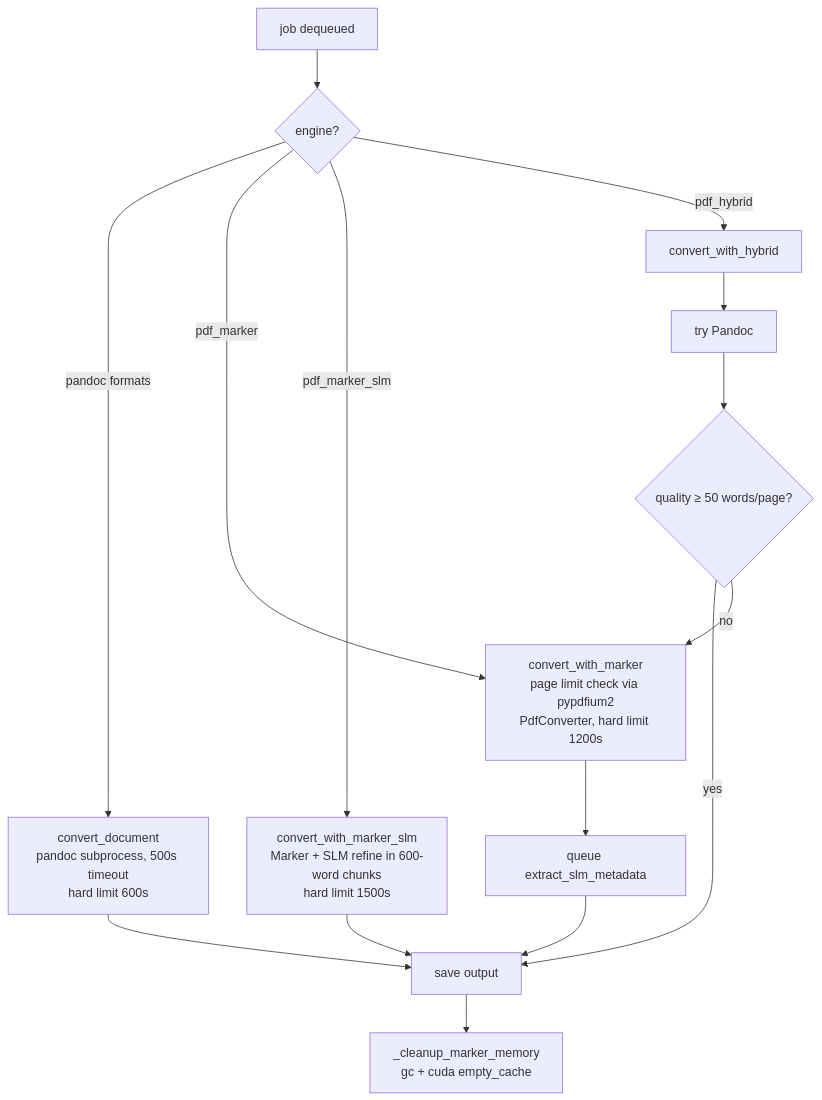
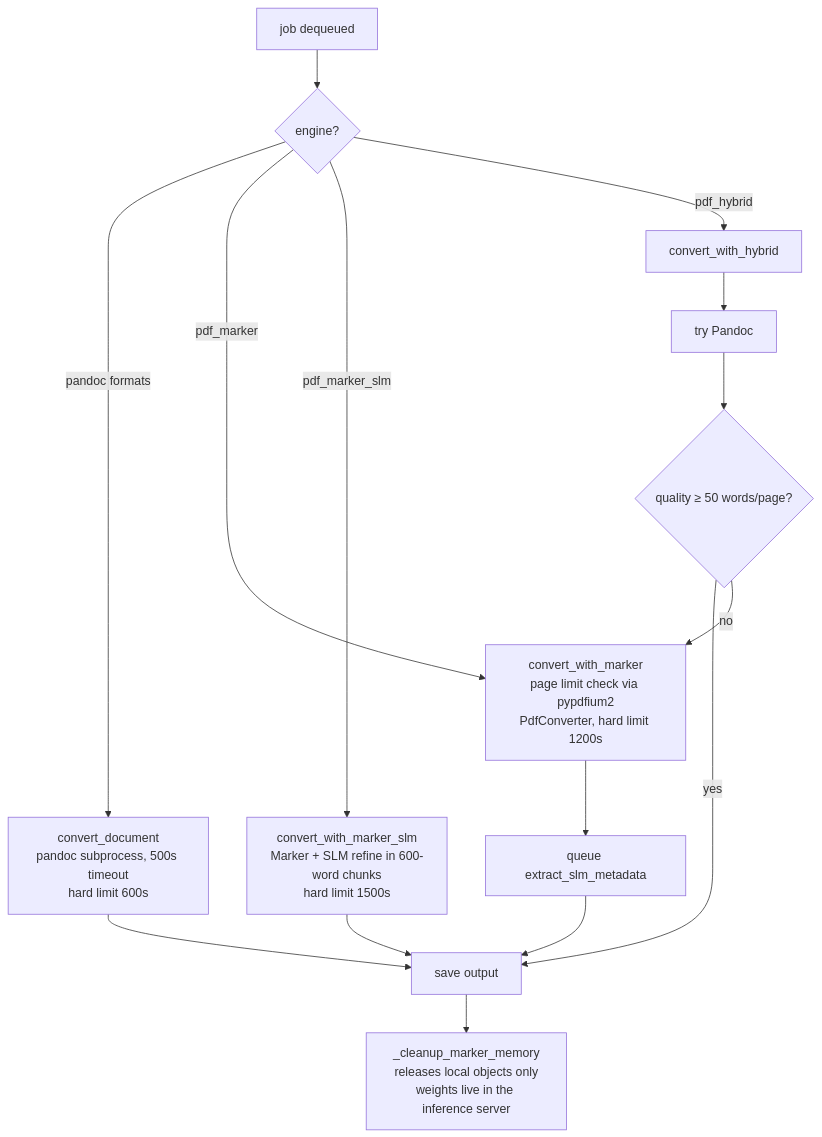
Before and after one commit to aerocristobal/DocuFlux: the fourth of 8 diagrams in docs/ARCHITECTURE.md, drawn with Mermaid. The commit also changed other lines of this file and 4 other files, not shown here.

````diff
--- a/docs/ARCHITECTURE.md
+++ b/docs/ARCHITECTURE.md
@@ -143,17 +143,17 @@
 ```mermaid
 flowchart TB
     REQ[job dequeued] --> Q{engine?}
     Q -->|pandoc formats| P[convert_document<br/>pandoc subprocess, 500s timeout<br/>hard limit 600s]
     Q -->|pdf_marker| M[convert_with_marker<br/>page limit check via pypdfium2<br/>PdfConverter, hard limit 1200s]
     Q -->|pdf_marker_slm| MS[convert_with_marker_slm<br/>Marker + SLM refine in 600-word chunks<br/>hard limit 1500s]
     Q -->|pdf_hybrid| H[convert_with_hybrid]
     H --> HP[try Pandoc]
     HP --> QC{quality ≥ 50 words/page?}
     QC -->|yes| DONE[save output]
     QC -->|no| M
     M --> SLMQ[queue extract_slm_metadata]
     MS --> DONE
     P --> DONE
     SLMQ --> DONE
-    DONE --> CLN[_cleanup_marker_memory<br/>gc + cuda empty_cache]
+    DONE --> CLN[_cleanup_marker_memory<br/>releases local objects only<br/>weights live in the inference server]
 ```
````
